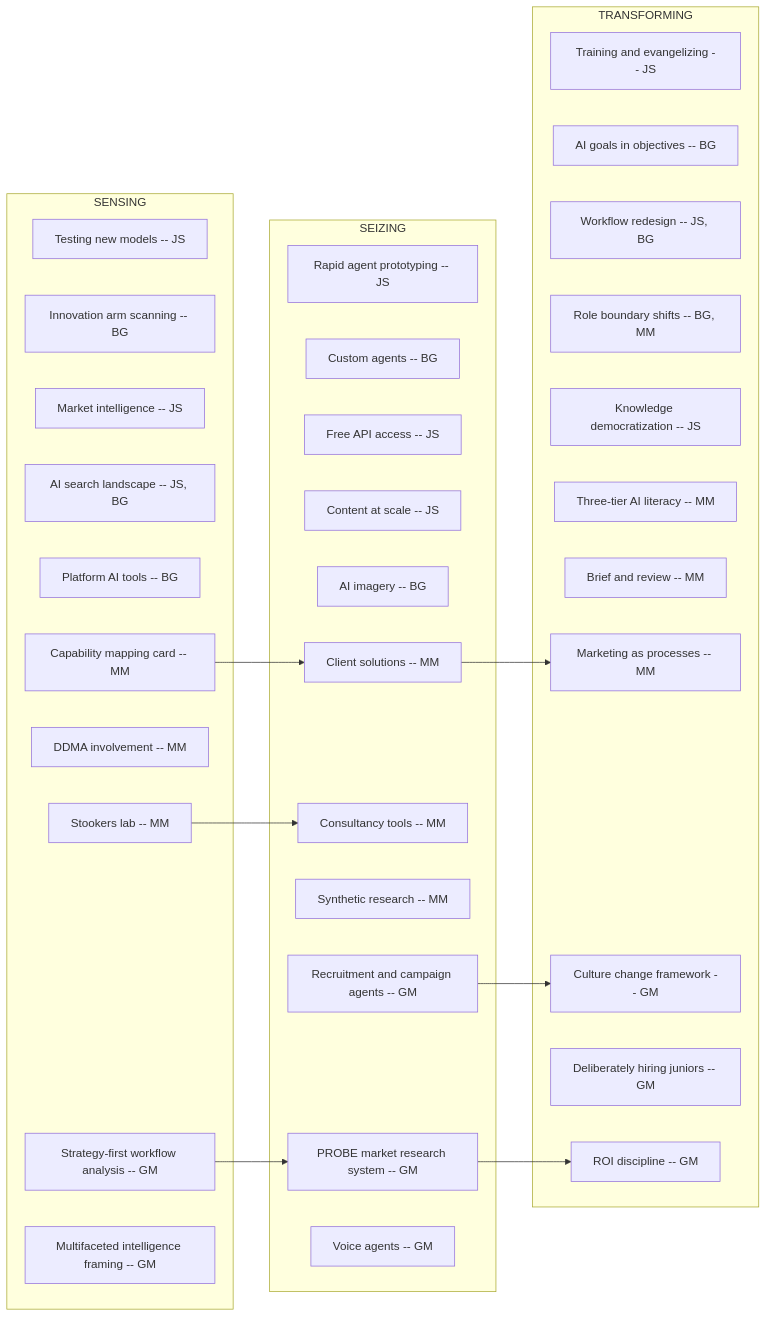
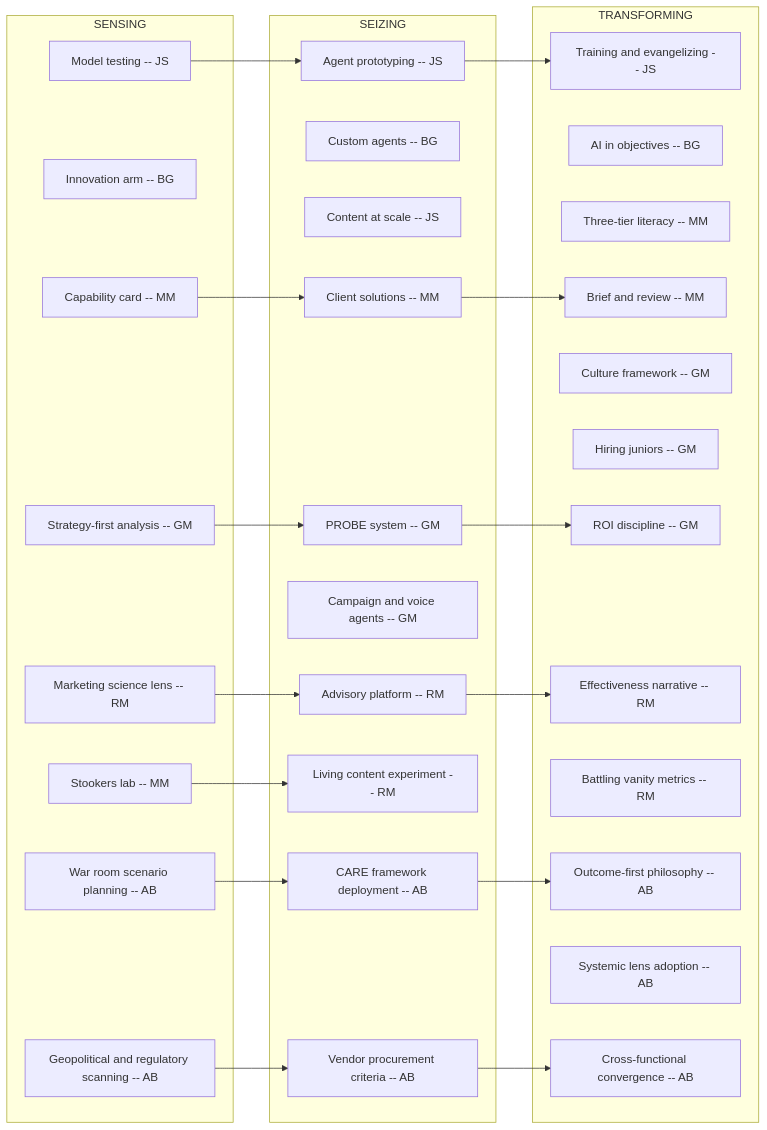
Before and after one commit to Luttik/thesis: the fourth of 4 diagrams in transcript-codes/Cross-Case Code Alignment.md, drawn with Mermaid. The commit also changed other lines of this file and 18 other files, not shown here.

````diff
--- a/transcript-codes/Cross-Case Code Alignment.md
+++ b/transcript-codes/Cross-Case Code Alignment.md
@@ -258,50 +302,55 @@
 ```mermaid
 graph LR
     subgraph sensing [SENSING]
-        S1["Testing new models -- JS"]
-        S2["Innovation arm scanning -- BG"]
-        S3["Market intelligence -- JS"]
-        S4["AI search landscape -- JS, BG"]
-        S5["Platform AI tools -- BG"]
-        S6["Capability mapping card -- MM"]
-        S7["DDMA involvement -- MM"]
+        S1["Model testing -- JS"]
+        S2["Innovation arm -- BG"]
+        S6["Capability card -- MM"]
         S8["Stookers lab -- MM"]
-        S9["Strategy-first workflow analysis -- GM"]
-        S10["Multifaceted intelligence framing -- GM"]
+        S9["Strategy-first analysis -- GM"]
+        S11["Marketing science lens -- RM"]
+        S13["War room scenario planning -- AB"]
+        S14["Geopolitical and regulatory scanning -- AB"]
     end
 
     subgraph seizing [SEIZING]
-        Z1["Rapid agent prototyping -- JS"]
+        Z1["Agent prototyping -- JS"]
         Z2["Custom agents -- BG"]
-        Z3["Free API access -- JS"]
         Z4["Content at scale -- JS"]
-        Z5["AI imagery -- BG"]
         Z6["Client solutions -- MM"]
-        Z7["Consultancy tools -- MM"]
-        Z8["Synthetic research -- MM"]
-        Z9["PROBE market research system -- GM"]
-        Z10["Recruitment and campaign agents -- GM"]
-        Z11["Voice agents -- GM"]
+        Z9["PROBE system -- GM"]
+        Z10["Campaign and voice agents -- GM"]
+        Z12["Advisory platform -- RM"]
+        Z13["Living content experiment -- RM"]
+        Z14["CARE framework deployment -- AB"]
+        Z15["Vendor procurement criteria -- AB"]
     end
 
     subgraph transforming [TRANSFORMING]
         T1["Training and evangelizing -- JS"]
-        T2["AI goals in objectives -- BG"]
-        T3["Workflow redesign -- JS, BG"]
-        T4["Role boundary shifts -- BG, MM"]
-        T5["Knowledge democratization -- JS"]
-        T6["Three-tier AI literacy -- MM"]
+        T2["AI in objectives -- BG"]
+        T6["Three-tier literacy -- MM"]
         T7["Brief and review -- MM"]
-        T8["Marketing as processes -- MM"]
-        T9["Culture change framework -- GM"]
-        T10["Deliberately hiring juniors -- GM"]
+        T9["Culture framework -- GM"]
+        T10["Hiring juniors -- GM"]
         T11["ROI discipline -- GM"]
+        T12["Effectiveness narrative -- RM"]
+        T13["Battling vanity metrics -- RM"]
+        T14["Outcome-first philosophy -- AB"]
+        T15["Systemic lens adoption -- AB"]
+        T16["Cross-functional convergence -- AB"]
     end
 
+    S1 --> Z1
+    S6 --> Z6
+    S8 --> Z13
     S9 --> Z9
-    S6 --> Z6
-    S8 --> Z7
+    S11 --> Z12
+    S13 --> Z14
+    S14 --> Z15
+    Z1 --> T1
+    Z6 --> T7
     Z9 --> T11
-    Z6 --> T8
-    Z10 --> T9
+    Z12 --> T12
+    Z14 --> T14
+    Z15 --> T16
 ```
````
